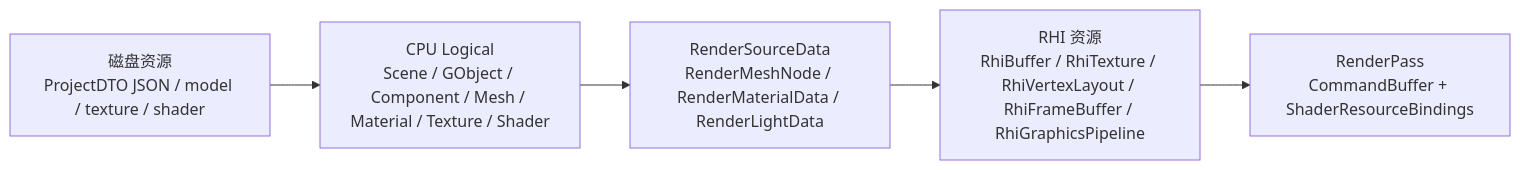
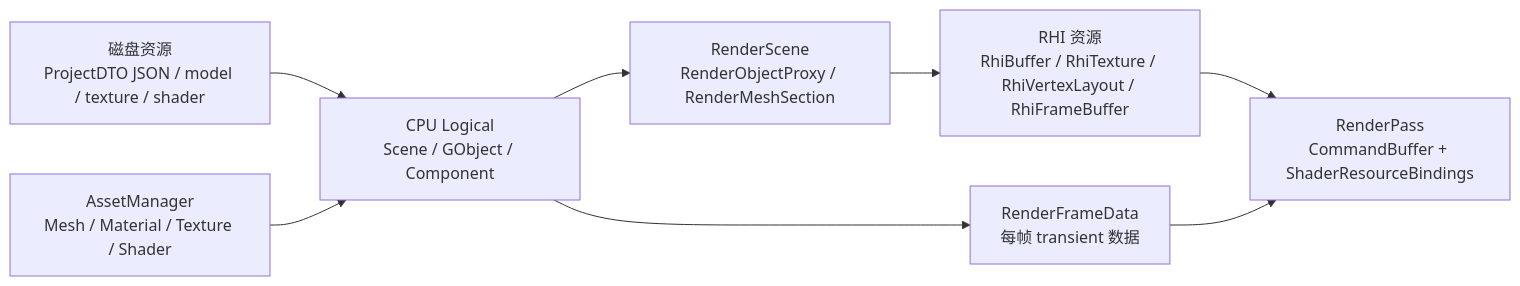
One commit to xp-Yang/XPYEngine changed the first of 7 diagrams in docs/资源管理.md. Above: the diagram before and after it, drawn with Mermaid. The commit also changed other lines of this file and 4 other files, not shown here.

````diff
--- a/docs/资源管理.md
+++ b/docs/资源管理.md
@@ -15,7 +15,10 @@
 ```mermaid
 flowchart LR
-    Disk["磁盘资源<br/>ProjectDTO JSON / model / texture / shader"] --> CPU["CPU Logical<br/>Scene / GObject / Component / Mesh / Material / Texture / Shader"]
-    CPU --> RenderData["RenderSourceData<br/>RenderMeshNode / RenderMaterialData / RenderLightData"]
-    RenderData --> RHI["RHI 资源<br/>RhiBuffer / RhiTexture / RhiVertexLayout / RhiFrameBuffer / RhiGraphicsPipeline"]
+    Disk["磁盘资源<br/>ProjectDTO JSON / model / texture / shader"] --> CPU["CPU Logical<br/>Scene / GObject / Component"]
+    Assets["AssetManager<br/>Mesh / Material / Texture / Shader"] --> CPU
+    CPU --> RS["RenderScene<br/>RenderObjectProxy / RenderMeshSection"]
+    CPU --> RF["RenderFrameData<br/>每帧 transient 数据"]
+    RS --> RHI["RHI 资源<br/>RhiBuffer / RhiTexture / RhiVertexLayout / RhiFrameBuffer"]
     RHI --> Pass["RenderPass<br/>CommandBuffer + ShaderResourceBindings"]
+    RF --> Pass
 ```
````
